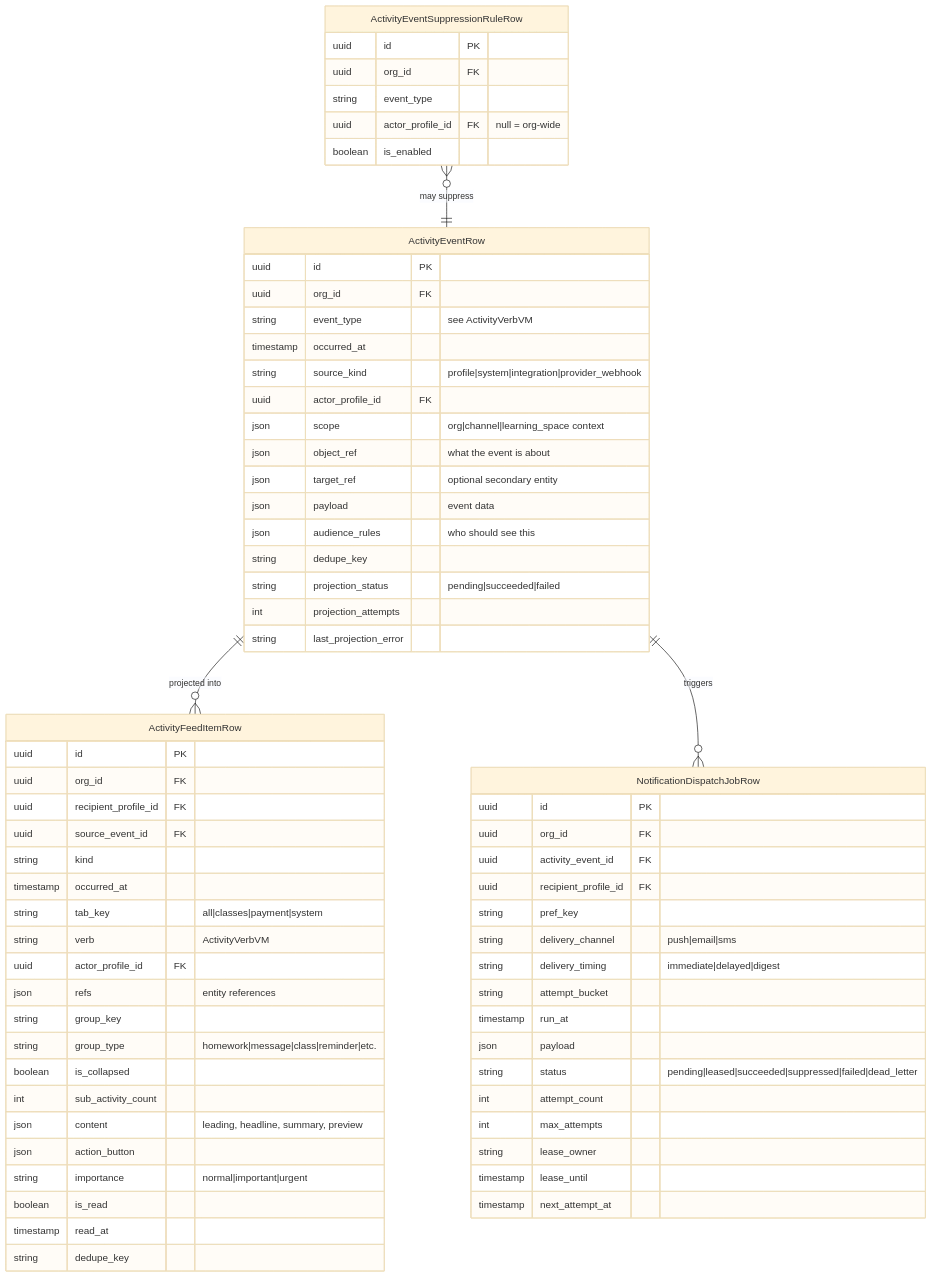
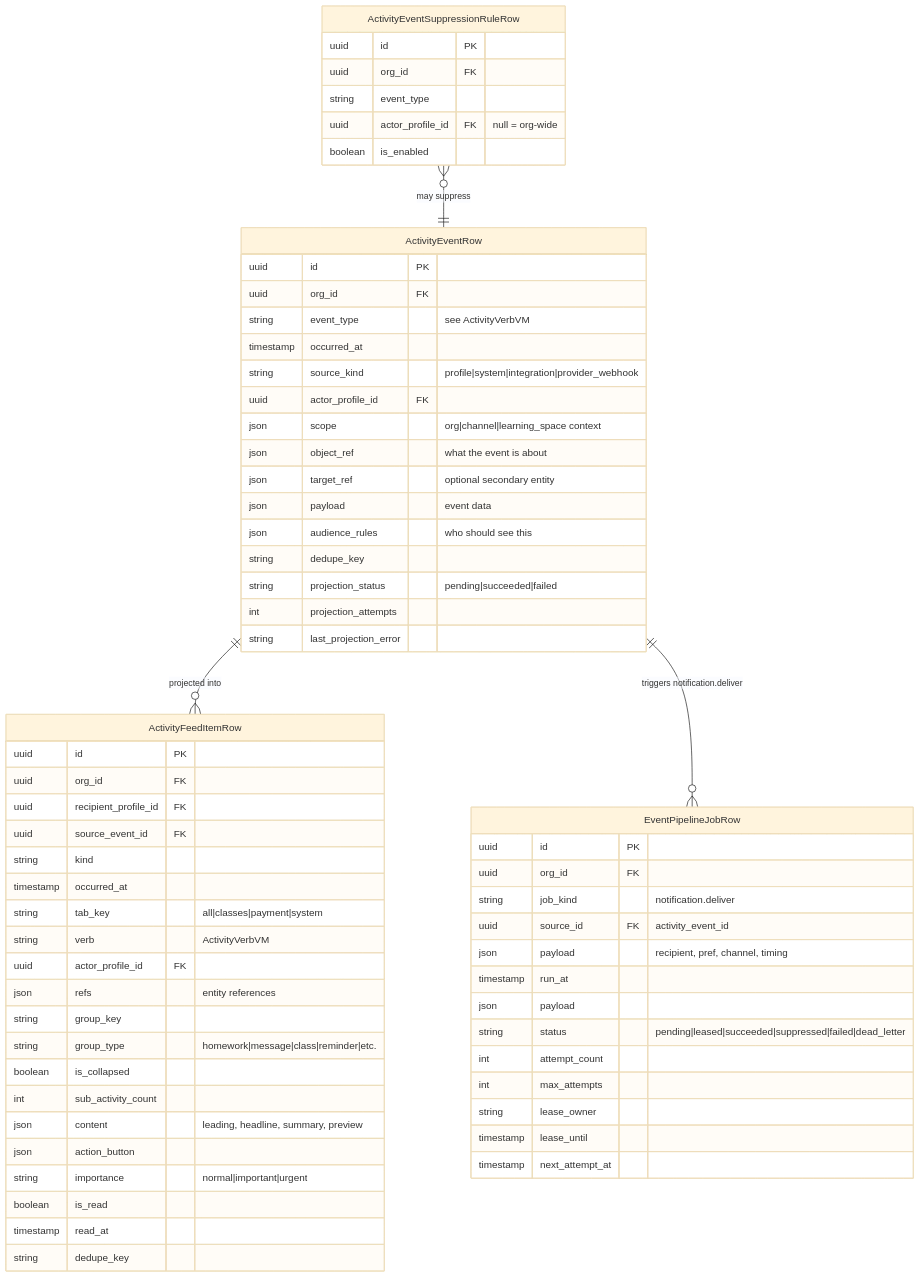
Diagram 25 of 31 in docs/architecture/feature-diagrams.md (heidisoft/iconicedu-monorepo), drawn with Mermaid (base theme) before and after one commit. The commit also changed other lines of this file and 58 other files, not shown here.

First line of the commit message:
Add unified event pipeline and job-based dispatch

````diff
--- a/docs/architecture/feature-diagrams.md
+++ b/docs/architecture/feature-diagrams.md
@@ -1287,74 +1287,71 @@
 ```mermaid
 erDiagram
     ActivityEventRow {
         uuid id PK
         uuid org_id FK
         string event_type "see ActivityVerbVM"
         timestamp occurred_at
         string source_kind "profile|system|integration|provider_webhook"
         uuid actor_profile_id FK
         json scope "org|channel|learning_space context"
         json object_ref "what the event is about"
         json target_ref "optional secondary entity"
         json payload "event data"
         json audience_rules "who should see this"
         string dedupe_key
         string projection_status "pending|succeeded|failed"
         int projection_attempts
         string last_projection_error
     }
 
     ActivityFeedItemRow {
         uuid id PK
         uuid org_id FK
         uuid recipient_profile_id FK
         uuid source_event_id FK
         string kind
         timestamp occurred_at
         string tab_key "all|classes|payment|system"
         string verb "ActivityVerbVM"
         uuid actor_profile_id FK
         json refs "entity references"
         string group_key
         string group_type "homework|message|class|reminder|etc."
         boolean is_collapsed
         int sub_activity_count
         json content "leading, headline, summary, preview"
         json action_button
         string importance "normal|important|urgent"
         boolean is_read
         timestamp read_at
         string dedupe_key
     }
 
     ActivityEventSuppressionRuleRow {
         uuid id PK
         uuid org_id FK
         string event_type
         uuid actor_profile_id FK "null = org-wide"
         boolean is_enabled
     }
 
-    NotificationDispatchJobRow {
+    EventPipelineJobRow {
         uuid id PK
         uuid org_id FK
-        uuid activity_event_id FK
-        uuid recipient_profile_id FK
-        string pref_key
-        string delivery_channel "push|email|sms"
-        string delivery_timing "immediate|delayed|digest"
-        string attempt_bucket
+        string job_kind "notification.deliver"
+        uuid source_id FK "activity_event_id"
+        json payload "recipient, pref, channel, timing"
         timestamp run_at
         json payload
         string status "pending|leased|succeeded|suppressed|failed|dead_letter"
         int attempt_count
         int max_attempts
         string lease_owner
         timestamp lease_until
         timestamp next_attempt_at
     }
 
     ActivityEventRow ||--o{ ActivityFeedItemRow : "projected into"
-    ActivityEventRow ||--o{ NotificationDispatchJobRow : "triggers"
+    ActivityEventRow ||--o{ EventPipelineJobRow : "triggers notification.deliver"
     ActivityEventSuppressionRuleRow }o--|| ActivityEventRow : "may suppress"
 ```
````
